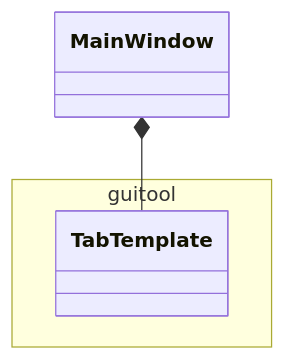
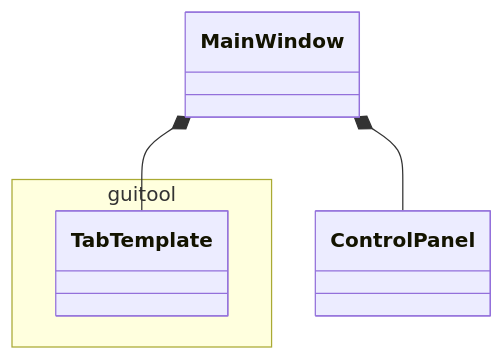
The diagram in doc/uml/class_dynalenegui.mmd (lsst-ts/ts_dynalenegui), drawn with Mermaid before and after one commit. The commit also changed 3 other files, not shown here.

```diff
--- a/doc/uml/class_dynalenegui.mmd
+++ b/doc/uml/class_dynalenegui.mmd
@@ -1,7 +1,8 @@
 classDiagram
 
 namespace guitool {
   class TabTemplate
 }
 
+MainWindow *-- ControlPanel
 MainWindow *-- TabTemplate
```
